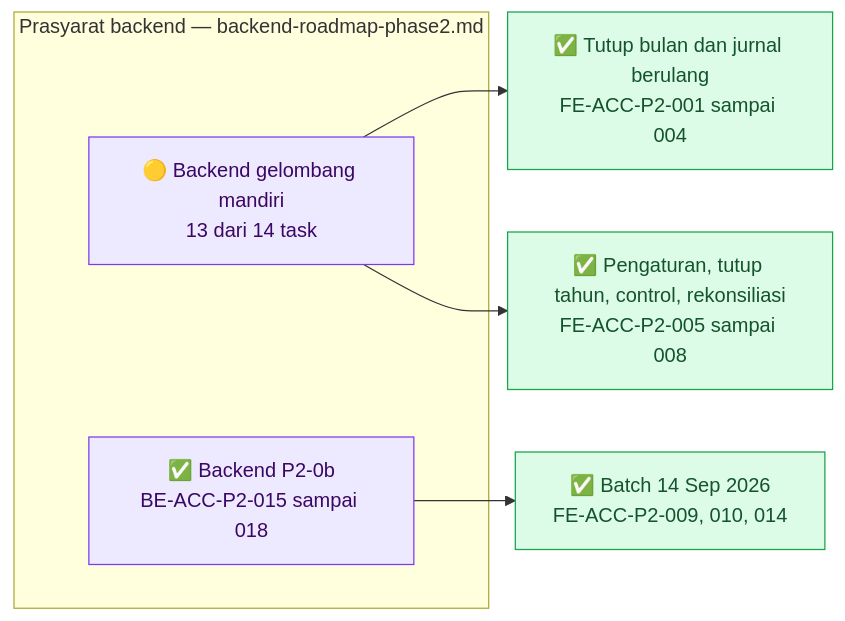
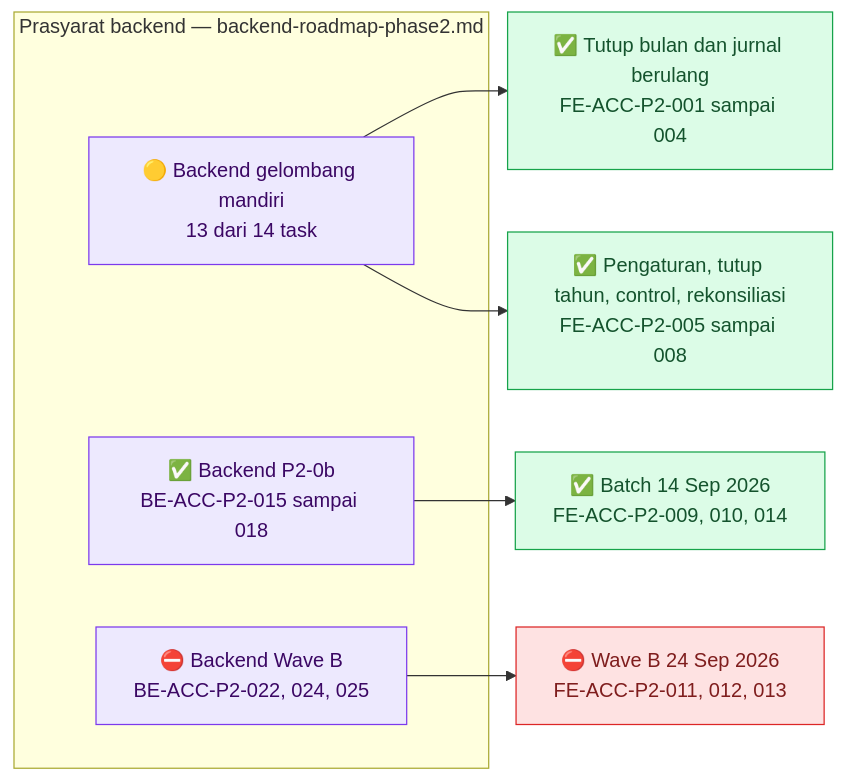
One commit to DevBenari/NewQuilvianSystemBackend changed the first of 5 diagrams in docs/module-blueprints/accounting/roadmap/frontend-roadmap-phase2.md. Above: the diagram before and after it, drawn with Mermaid. The commit also changed other lines of this file and 15 other files, not shown here.

````diff
--- a/docs/module-blueprints/accounting/roadmap/frontend-roadmap-phase2.md
+++ b/docs/module-blueprints/accounting/roadmap/frontend-roadmap-phase2.md
@@ -40,21 +41,24 @@
 ```mermaid
 flowchart LR
     classDef selesai fill:#DCFCE7,stroke:#16A34A,color:#14532D
     classDef sebagian fill:#FEF9C3,stroke:#CA8A04,color:#713F12
     classDef terblokir fill:#FEE2E2,stroke:#DC2626,color:#7F1D1D
     classDef belum fill:#F1F5F9,stroke:#64748B,color:#0F172A
     classDef luar fill:#EDE9FE,stroke:#7C3AED,color:#3B0764
 
     subgraph backend["Prasyarat backend — backend-roadmap-phase2.md"]
         BMANDIRI["🟡 Backend gelombang mandiri<br/>13 dari 14 task"]:::luar
         BP20B["✅ Backend P2-0b<br/>BE-ACC-P2-015 sampai 018"]:::luar
+        BWAVEB["⛔ Backend Wave B<br/>BE-ACC-P2-022, 024, 025"]:::luar
     end
 
     FTUTUP["✅ Tutup bulan dan jurnal berulang<br/>FE-ACC-P2-001 sampai 004"]:::selesai
     FLAIN["✅ Pengaturan, tutup tahun, control, rekonsiliasi<br/>FE-ACC-P2-005 sampai 008"]:::selesai
     FBATCH["✅ Batch 14 Sep 2026<br/>FE-ACC-P2-009, 010, 014"]:::selesai
+    FWAVEB["⛔ Wave B 24 Sep 2026<br/>FE-ACC-P2-011, 012, 013"]:::terblokir
 
     BMANDIRI --> FTUTUP
     BMANDIRI --> FLAIN
     BP20B --> FBATCH
+    BWAVEB --> FWAVEB
 ```
````
